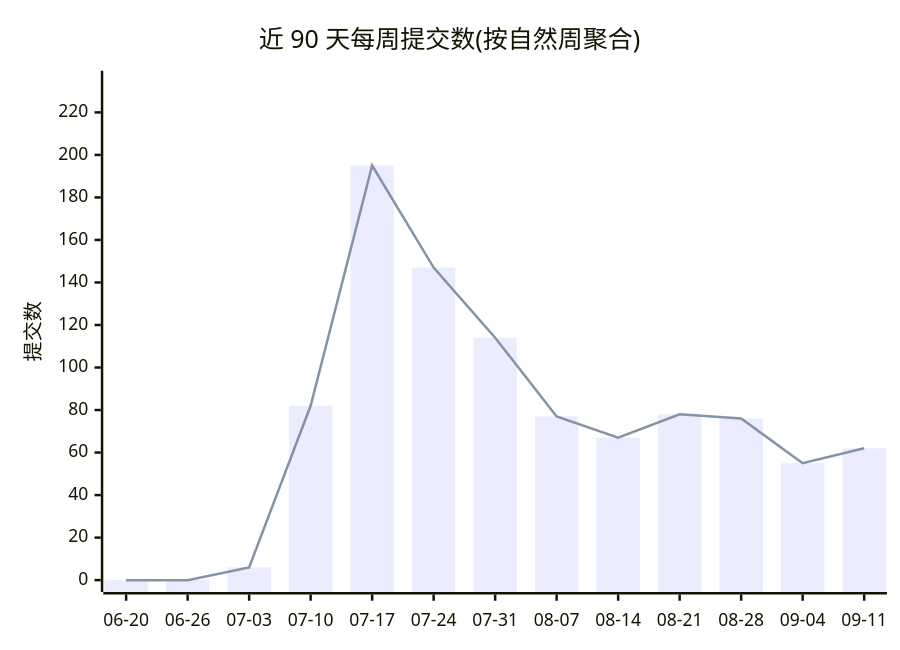
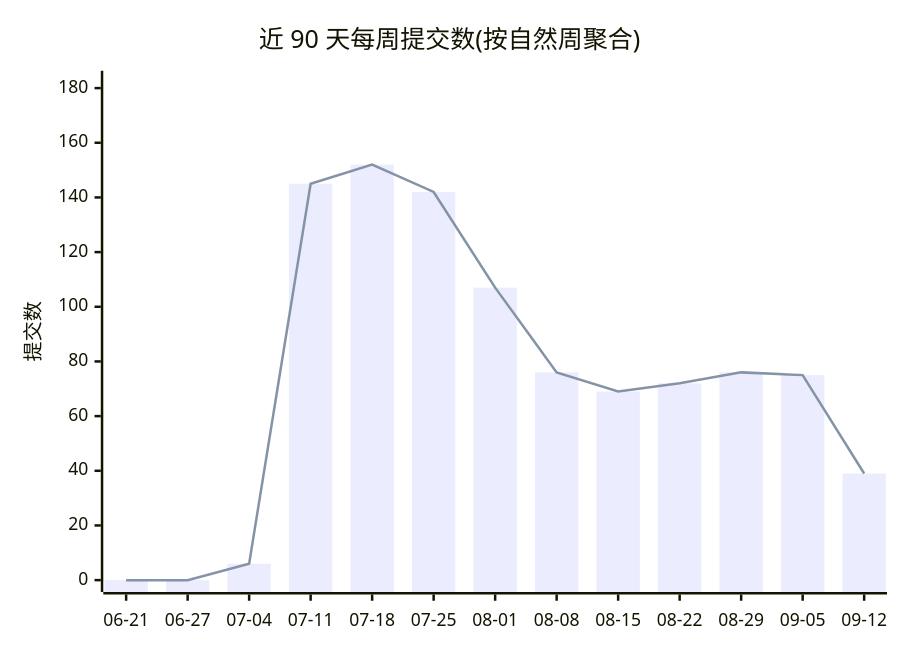
Before and after one commit to Conflux-Union/.github: the first of 2 diagrams in profile/README.md, drawn with Mermaid. The commit also changed other lines of this file and 1 other file, not shown here.

Commit message:
chore(stats): refresh org commit stats

````diff
--- a/profile/README.md
+++ b/profile/README.md
@@ -44,8 +44,8 @@
 ```mermaid
 xychart-beta
     title "近 90 天每周提交数(按自然周聚合)"
-    x-axis ["06-20", "06-26", "07-03", "07-10", "07-17", "07-24", "07-31", "08-07", "08-14", "08-21", "08-28", "09-04", "09-11"]
-    y-axis "提交数" 0 --> 234
-    bar [0, 0, 6, 82, 195, 147, 114, 77, 67, 78, 76, 55, 62]
-    line [0, 0, 6, 82, 195, 147, 114, 77, 67, 78, 76, 55, 62]
+    x-axis ["06-21", "06-27", "07-04", "07-11", "07-18", "07-25", "08-01", "08-08", "08-15", "08-22", "08-29", "09-05", "09-12"]
+    y-axis "提交数" 0 --> 182
+    bar [0, 0, 6, 145, 152, 142, 107, 76, 69, 72, 76, 75, 39]
+    line [0, 0, 6, 145, 152, 142, 107, 76, 69, 72, 76, 75, 39]
 ```
````
